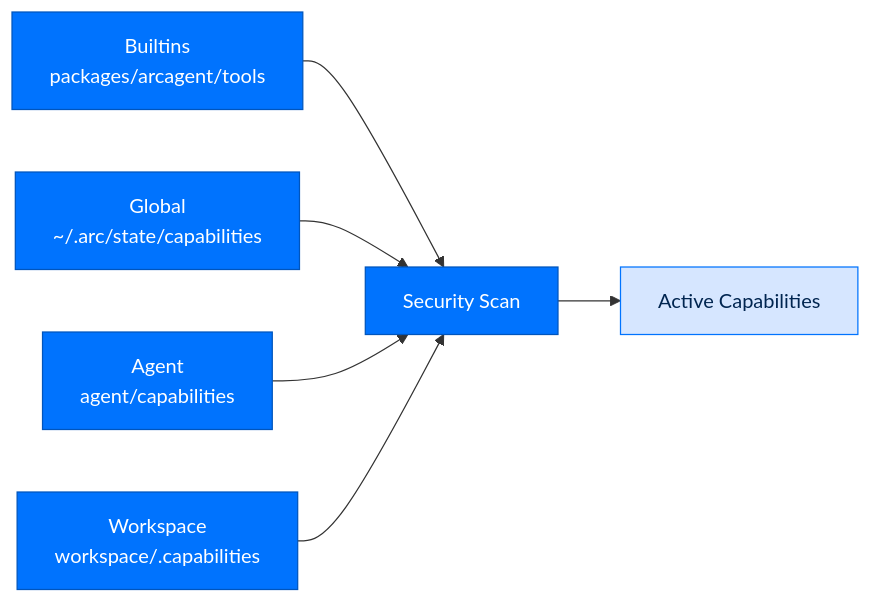
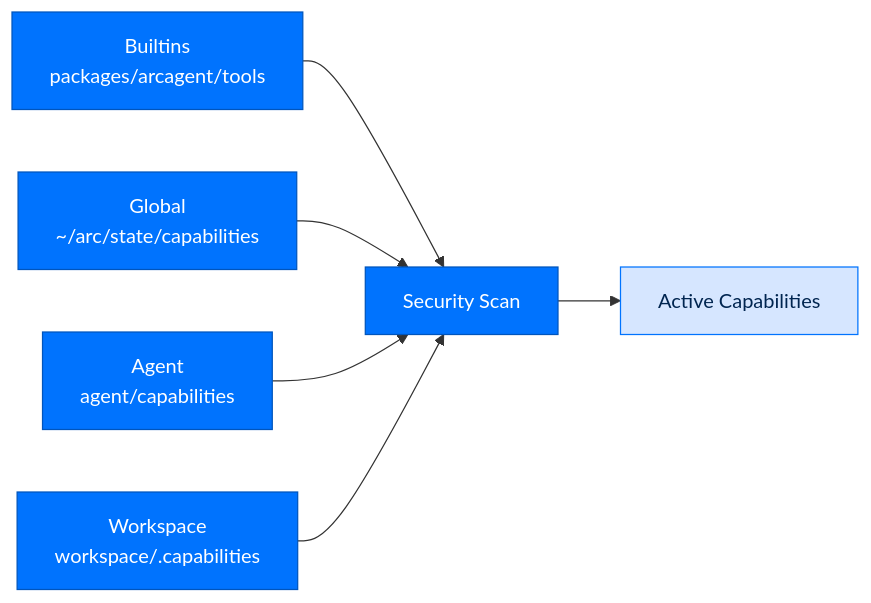
Before and after one commit to joshuamschultz/Arc: the third of 4 diagrams in docs/building/packages/arcagent.md, drawn with Mermaid. The commit also changed other lines of this file and 39 other files, not shown here.

````diff
--- a/docs/building/packages/arcagent.md
+++ b/docs/building/packages/arcagent.md
@@ -115,11 +115,11 @@
 ```mermaid
 flowchart LR
     classDef source fill:#0073FE,stroke:#0055BC,color:#FFFFFF
     classDef result fill:#D6E6FF,stroke:#0073FE,color:#002550
 
     Builtins[Builtins<br/>packages/arcagent/tools]:::source --> Scan[Security Scan]:::source
-    Global[Global<br/>~/.arc/state/capabilities]:::source --> Scan
+    Global[Global<br/>~/arc/state/capabilities]:::source --> Scan
     Agent[Agent<br/>agent/capabilities]:::source --> Scan
     Workspace[Workspace<br/>workspace/.capabilities]:::source --> Scan
     Scan --> Active[Active Capabilities]:::result
 ```
````
